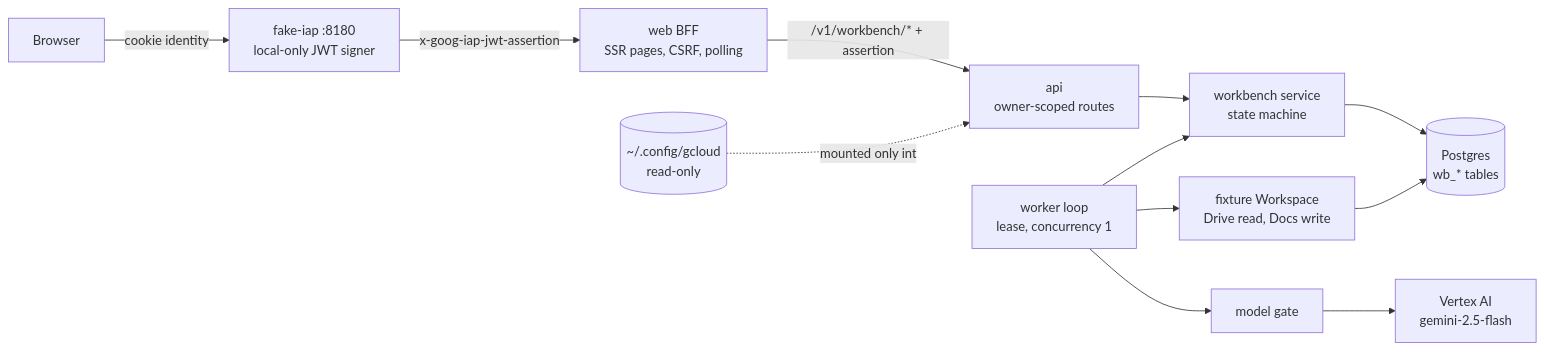
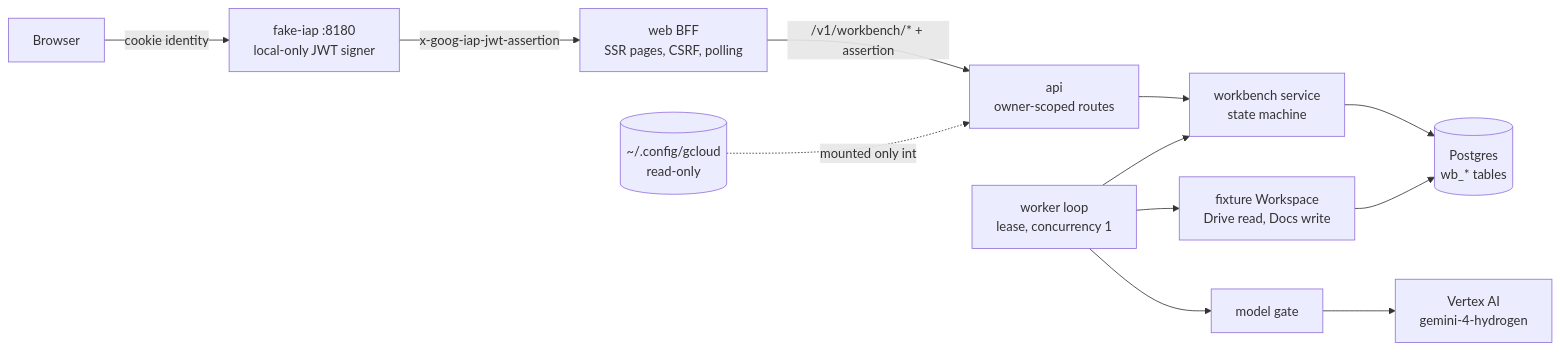
One commit to yu-iskw/agent-works changed the first of 2 diagrams in docs/p0/README.md. Above: the diagram before and after it, drawn with Mermaid. The commit also changed other lines of this file and 18 other files, not shown here.

Commit message:
feat(api): accept adr-0008 and default vertex to global gemini-4-hydrogen (#205)

````diff
--- a/docs/p0/README.md
+++ b/docs/p0/README.md
@@ -169,13 +169,13 @@
 ```mermaid
 flowchart LR
   B[Browser] -->|cookie identity| IAP[fake-iap :8180<br/>local-only JWT signer]
   IAP -->|x-goog-iap-jwt-assertion| WEB[web BFF<br/>SSR pages, CSRF, polling]
   WEB -->|/v1/workbench/* + assertion| API[api<br/>owner-scoped routes]
   API --> SVC[workbench service<br/>state machine]
   W[worker loop<br/>lease, concurrency 1] --> SVC
   W --> WS[fixture Workspace<br/>Drive read, Docs write]
-  W --> GATE[model gate] --> VX[Vertex AI<br/>gemini-2.5-flash]
+  W --> GATE[model gate] --> VX[Vertex AI<br/>gemini-4-hydrogen]
   SVC --> PG[(Postgres<br/>wb_* tables)]
   WS --> PG
   ADC[(~/.config/gcloud<br/>read-only)] -.mounted only into.-> API
 ```
````
